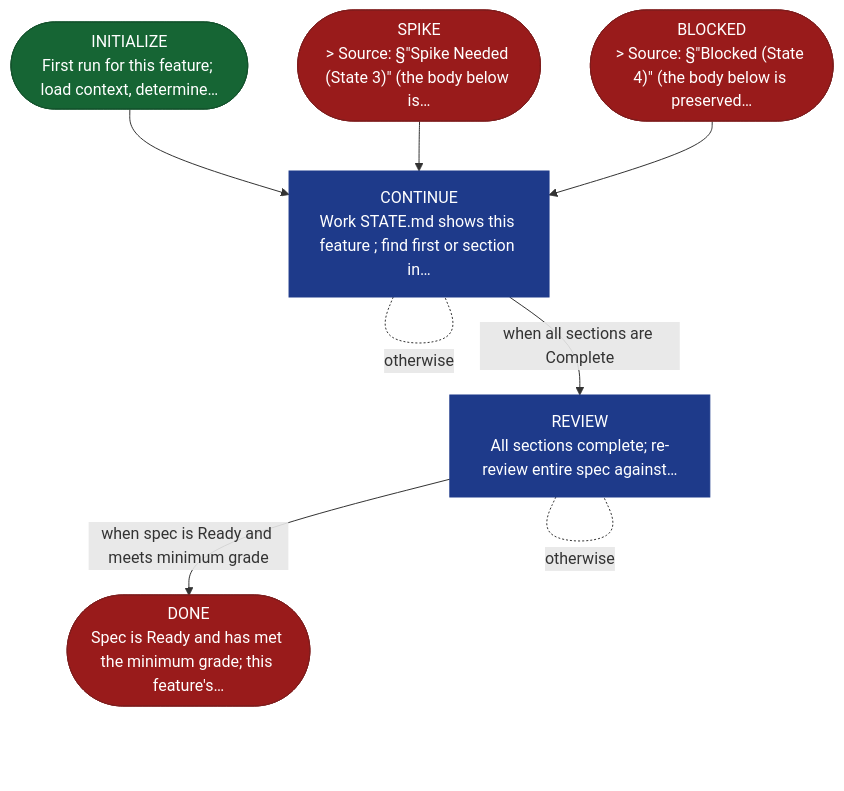
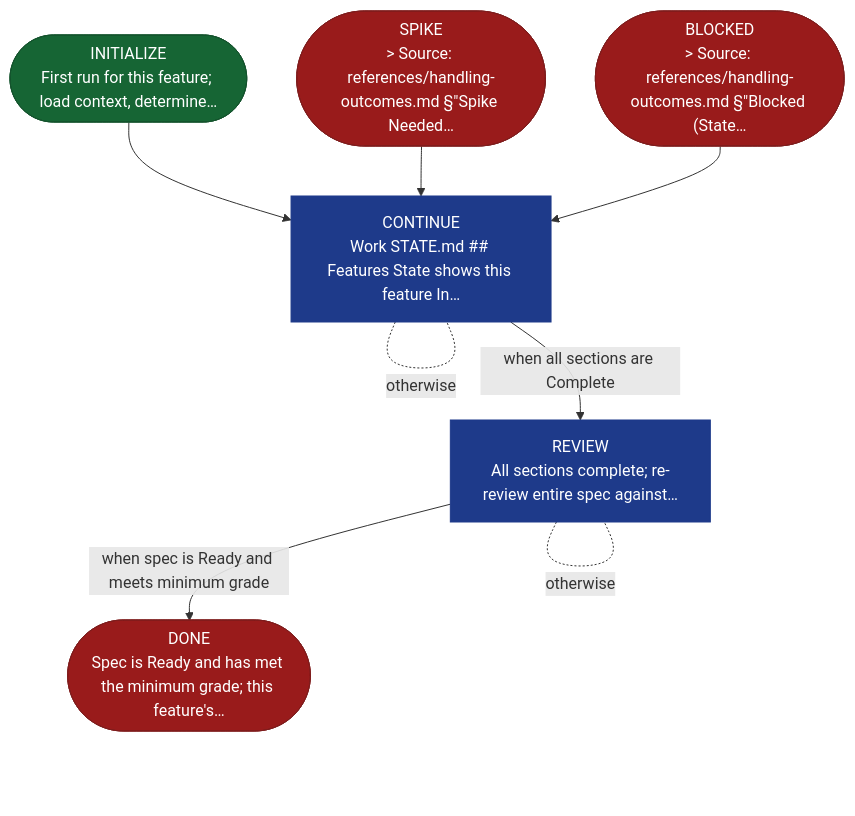
The diagram in site/src/content/docs/skills/aid-specify.md (AndreVianna/aid-methodology), drawn with Mermaid before and after one commit. The commit also changed 15 other files, not shown here.

````diff
--- a/site/src/content/docs/skills/aid-specify.md
+++ b/site/src/content/docs/skills/aid-specify.md
@@ -20,34 +20,34 @@
 ```mermaid
 flowchart TB
   classDef aidNode color:#fff
   classDef aidEntry fill:#166534,stroke:#14532d,color:#fff
   classDef aidExit fill:#991b1b,stroke:#7f1d1d,color:#fff
   classDef aidDecision fill:#92400e,stroke:#78350f,color:#fff
   classDef aidLoopBack fill:#1e3a8a,stroke:#1e3a8a,color:#fff
   classDef aidStep fill:#1a2035,stroke:#d4a853,color:#f1f5f9
   n1(["INITIALIZE<br/>First run for this feature; load context, determine…"])
-  n2["CONTINUE<br/>Work STATE.md shows this feature ; find first or section in…"]
-  n3(["SPIKE<br/>&gt; Source: §&quot;Spike Needed (State 3)&quot; (the body below is…"])
-  n4(["BLOCKED<br/>&gt; Source: §&quot;Blocked (State 4)&quot; (the body below is preserved…"])
+  n2["CONTINUE<br/>Work STATE.md ## Features State shows this feature In…"]
+  n3(["SPIKE<br/>&gt; Source: references/handling-outcomes.md §&quot;Spike Needed…"])
+  n4(["BLOCKED<br/>&gt; Source: references/handling-outcomes.md §&quot;Blocked (State…"])
   n5["REVIEW<br/>All sections complete; re-review entire spec against…"]
   n6(["DONE<br/>Spec is Ready and has met the minimum grade; this feature's…"])
   n1 --> n2
   n2 -. "otherwise" .- n2
   n2 -->|"when all sections are Complete"| n5
   n3 --> n2
   n4 --> n2
   n5 -. "otherwise" .- n5
   n5 -->|"when spec is Ready and meets minimum grade"| n6
   class n1 aidEntry
   class n2 aidLoopBack
   class n3 aidExit
   class n4 aidExit
   class n5 aidLoopBack
   class n6 aidExit
   class n1 aidNode
   class n2 aidNode
   class n3 aidNode
   class n4 aidNode
   class n5 aidNode
   class n6 aidNode
 ```
````
